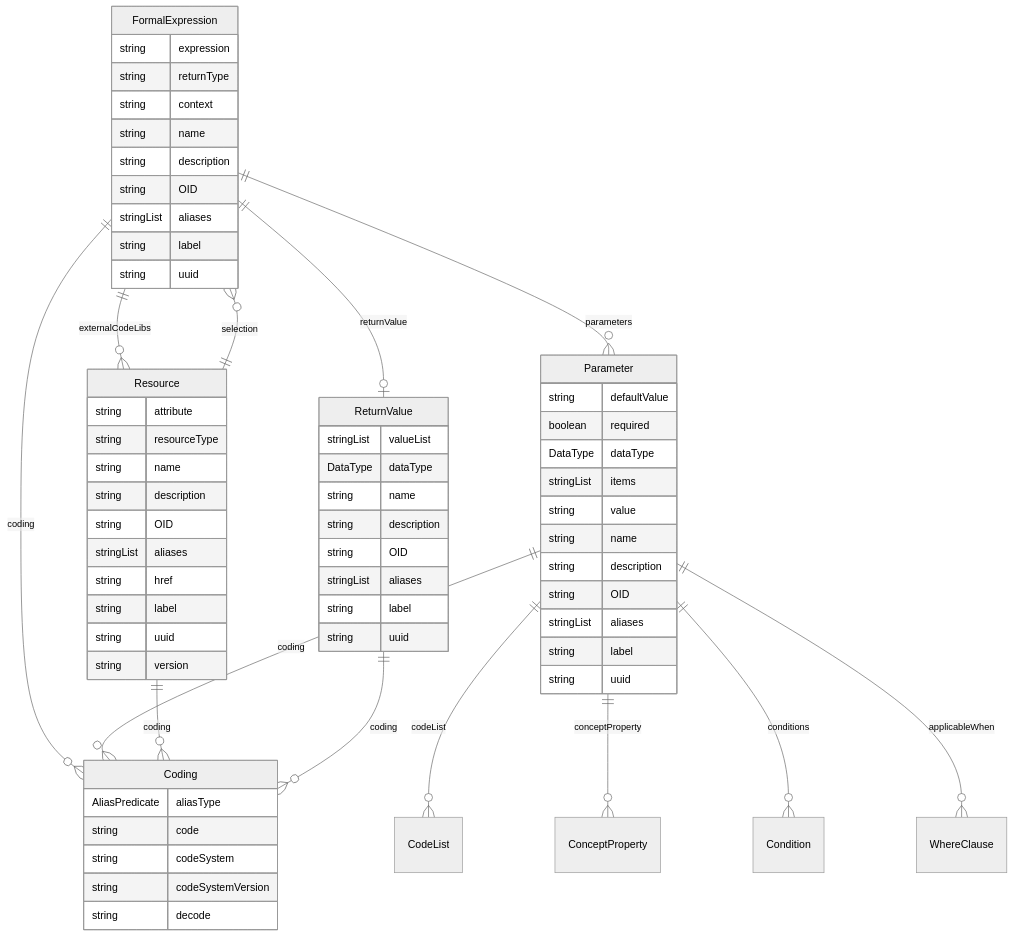
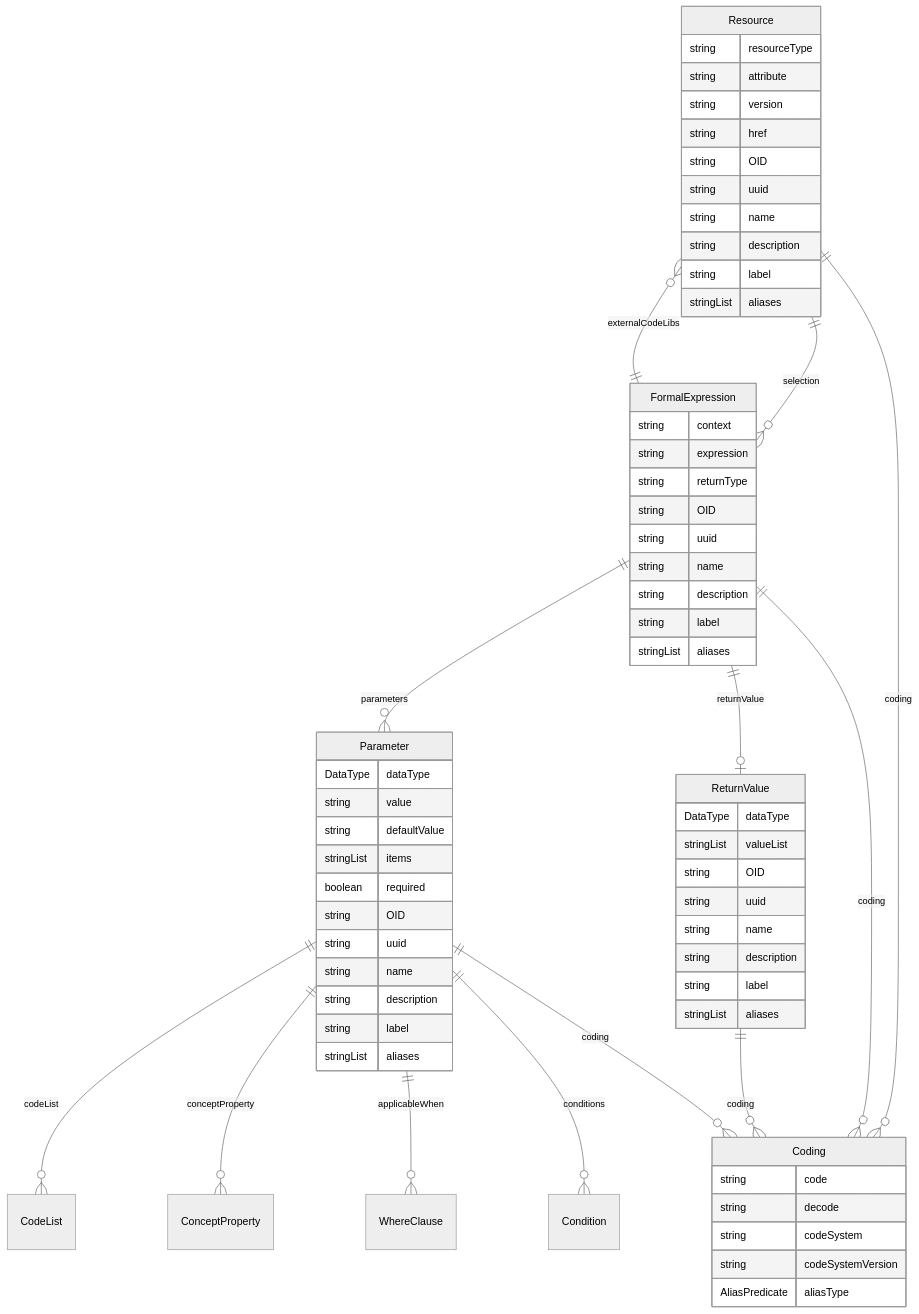
Before and after one commit to cdisc-org/DataExchange-DDS: the diagram in docs/classes/Resource.md, drawn with Mermaid (neutral theme). The commit also changed other lines of this file and 313 other files, not shown here.

````diff
--- a/docs/classes/Resource.md
+++ b/docs/classes/Resource.md
@@ -20,70 +15,70 @@
 ```mermaid
 erDiagram
+Resource {
+    string resourceType  
+    string attribute  
+    string version  
+    string href  
+    string OID  
+    string uuid  
+    string name  
+    string description  
+    string label  
+    stringList aliases  
+}
 Coding {
-    AliasPredicate aliasType  
     string code  
+    string decode  
     string codeSystem  
     string codeSystemVersion  
-    string decode  
+    AliasPredicate aliasType  
 }
 FormalExpression {
+    string context  
     string expression  
     string returnType  
-    string context  
+    string OID  
+    string uuid  
     string name  
     string description  
+    string label  
+    stringList aliases  
+}
+ReturnValue {
+    DataType dataType  
+    stringList valueList  
     string OID  
+    string uuid  
+    string name  
+    string description  
+    string label  
     stringList aliases  
-    string label  
-    string uuid  
 }
 Parameter {
+    DataType dataType  
+    string value  
     string defaultValue  
+    stringList items  
     boolean required  
-    DataType dataType  
-    stringList items  
-    string value  
+    string OID  
+    string uuid  
     string name  
     string description  
-    string OID  
+    string label  
     stringList aliases  
-    string label  
-    string uuid  
-}
-Resource {
-    string attribute  
-    string resourceType  
-    string name  
-    string description  
-    string OID  
-    stringList aliases  
-    string href  
-    string label  
-    string uuid  
-    string version  
-}
-ReturnValue {
-    stringList valueList  
-    DataType dataType  
-    string name  
-    string description  
-    string OID  
-    stringList aliases  
-    string label  
-    string uuid  
 }
 
+Resource ||--}o FormalExpression : "selection"
+Resource ||--}o Coding : "coding"
+FormalExpression ||--}o Parameter : "parameters"
 FormalExpression ||--|o ReturnValue : "returnValue"
+FormalExpression ||--}o Resource : "externalCodeLibs"
 FormalExpression ||--}o Coding : "coding"
-FormalExpression ||--}o Parameter : "parameters"
-FormalExpression ||--}o Resource : "externalCodeLibs"
+ReturnValue ||--}o Coding : "coding"
 Parameter ||--}o CodeList : "codeList"
+Parameter ||--}o ConceptProperty : "conceptProperty"
+Parameter ||--}o WhereClause : "applicableWhen"
+Parameter ||--}o Condition : "conditions"
 Parameter ||--}o Coding : "coding"
-Parameter ||--}o ConceptProperty : "conceptProperty"
-Parameter ||--}o Condition : "conditions"
-Parameter ||--}o WhereClause : "applicableWhen"
-Resource ||--}o Coding : "coding"
-Resource ||--}o FormalExpression : "selection"
-ReturnValue ||--}o Coding : "coding"
 
 ```
````
